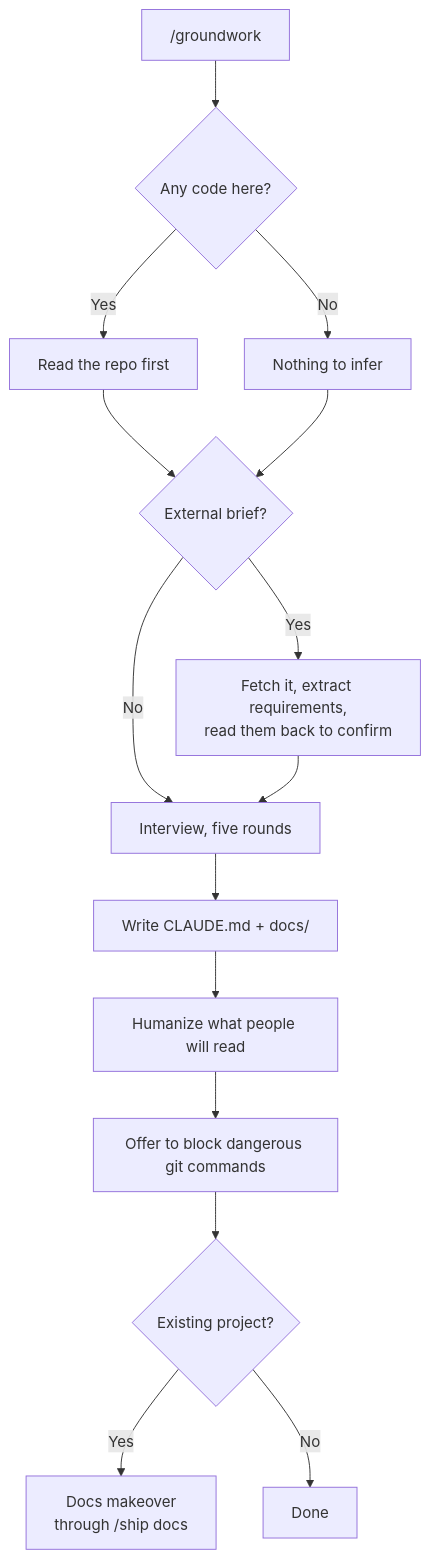
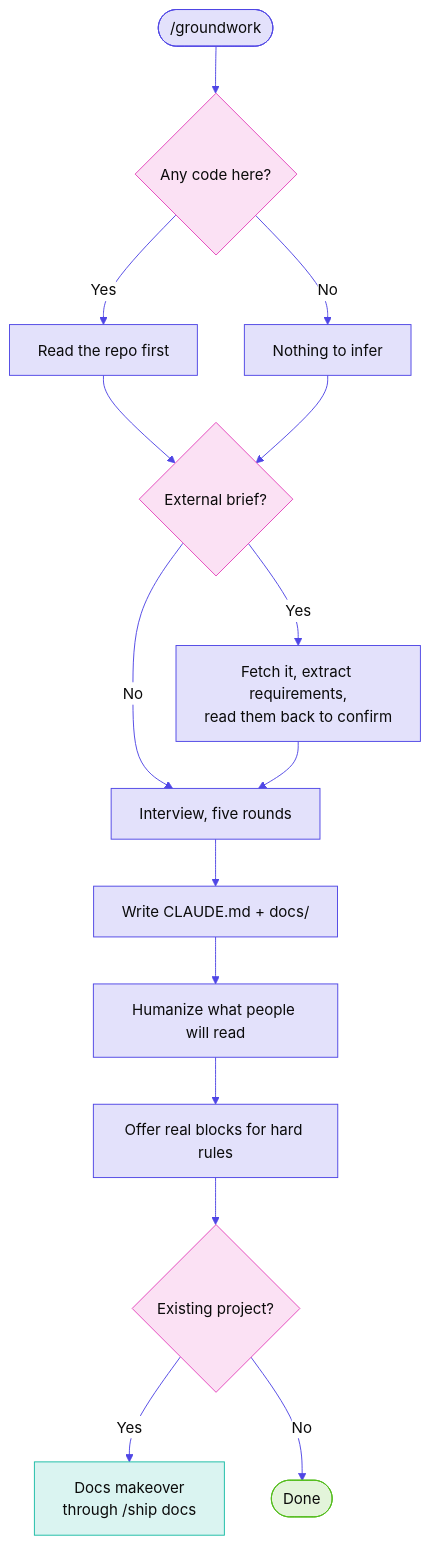
Before and after one commit to divyanshjoshii/groundwork: the diagram in README.md, drawn with Mermaid. The commit also changed other lines of this file, not shown here.

Commit message:
colour the setup diagram and show the makeover step

````diff
--- a/README.md
+++ b/README.md
@@ -15,17 +17,28 @@
 ```mermaid
+%%{init: {"theme":"base","themeVariables":{"background":"#FFFFFF","primaryColor":"#FFFFFF","primaryTextColor":"#0B0B0B","primaryBorderColor":"#4F46E5","lineColor":"#4F46E5","secondaryColor":"#EAE9FC","tertiaryColor":"#FFFFFF","textColor":"#0B0B0B","edgeLabelBackground":"#FFFFFF","clusterBkg":"#FFFFFF","clusterBorder":"#CECECE","titleColor":"#0B0B0B","rowOdd":"#FFFFFF","rowEven":"#F0F0F0","attributeBackgroundColorOdd":"#FFFFFF","attributeBackgroundColorEven":"#F0F0F0","actorBkg":"#FFFFFF","actorBorder":"#4F46E5","actorTextColor":"#0B0B0B","actorLineColor":"#919191","signalColor":"#4F46E5","signalTextColor":"#0B0B0B","labelBoxBkgColor":"#FFFFFF","labelBoxBorderColor":"#4F46E5","labelTextColor":"#0B0B0B","loopTextColor":"#0B0B0B","noteBkgColor":"#E5E3FB","noteTextColor":"#0B0B0B","noteBorderColor":"#4F46E5","activationBkgColor":"#4F46E5","activationBorderColor":"#4F46E5"}}}%%
+%% palette 97d170e1
 flowchart TD
-    A["/groundwork"] --> B{Any code here?}
+    A(["/groundwork"]) --> B{Any code here?}
     B -->|Yes| C[Read the repo first]
     B -->|No| D[Nothing to infer]
     C --> E{External brief?}
     D --> E
     E -->|Yes| F["Fetch it, extract requirements,<br/>read them back to confirm"]
     E -->|No| G[Interview, five rounds]
     F --> G
     G --> H["Write CLAUDE.md + docs/"]
     H --> I[Humanize what people will read]
-    I --> J[Offer to block dangerous git commands]
+    I --> J[Offer real blocks for hard rules]
     J --> K{Existing project?}
     K -->|Yes| L["Docs makeover<br/>through /ship docs"]
-    K -->|No| M[Done]
+    K -->|No| M([Done])
+
+    classDef role1 fill:#E3E1FB,stroke:#4F46E5,color:#0B0B0B
+    classDef role2 fill:#FBE1F4,stroke:#E546BC,color:#0B0B0B
+    classDef role4 fill:#E3F4DA,stroke:#52BC1A,color:#0B0B0B
+    classDef role5 fill:#DAF4F1,stroke:#1ABCA5,color:#0B0B0B
+    class A,C,D,F,G,H,I,J role1
+    class B,E,K role2
+    class L role5
+    class M role4
 ```
````
